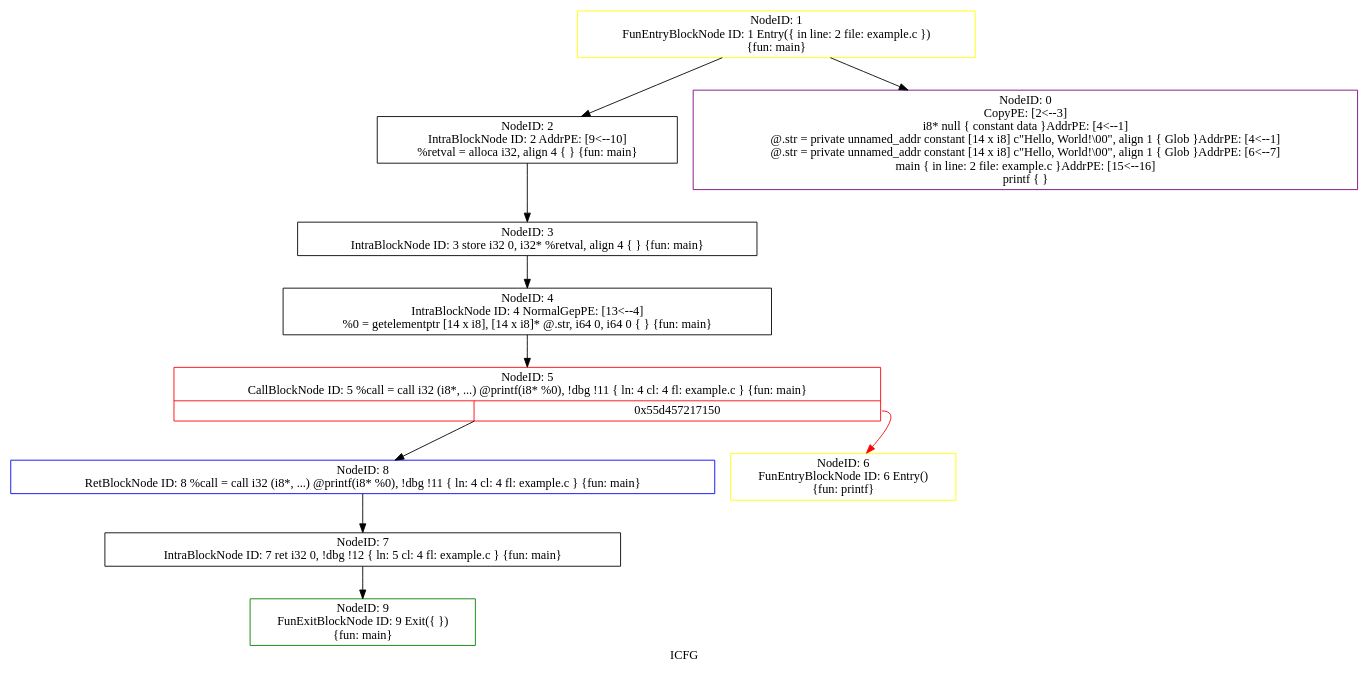
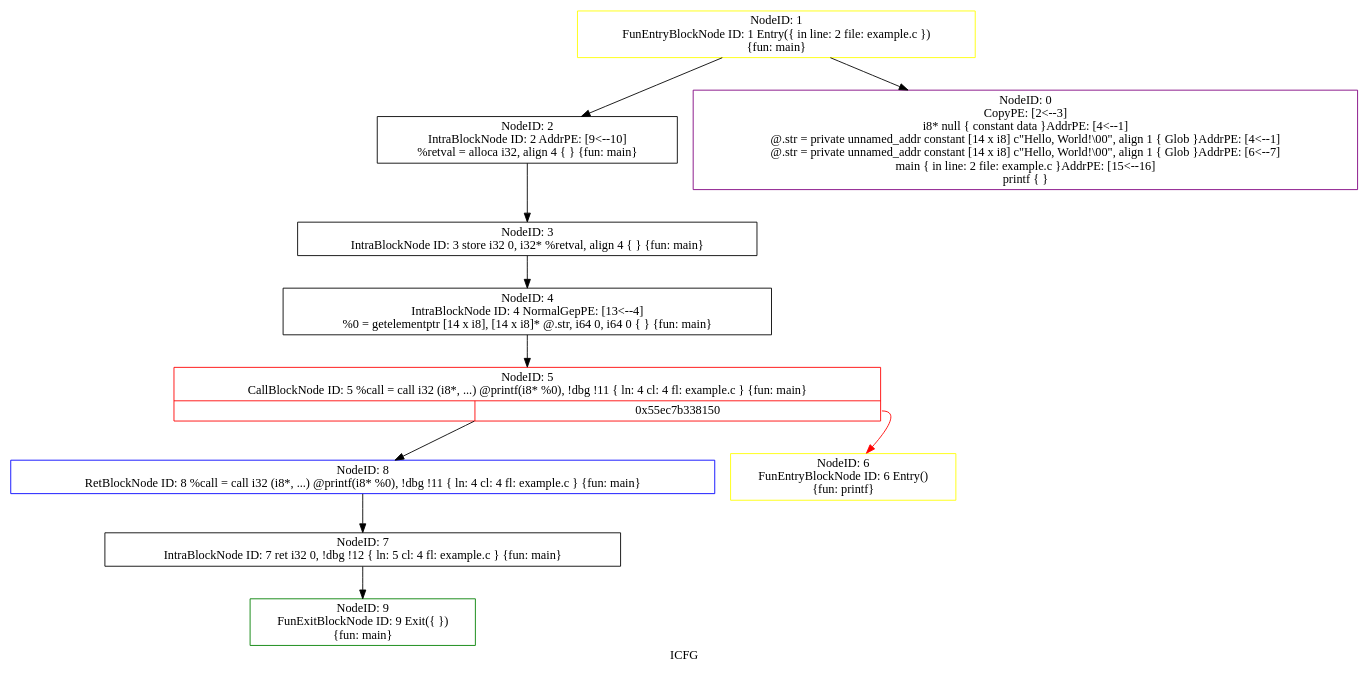
One commit to Ian36/Web-SVF changed the diagram in icfg.dot. Above: the diagram before and after it, drawn with Graphviz. The commit also changed 109 other files, not shown here.

```diff
--- a/icfg.dot
+++ b/icfg.dot
@@ -1,23 +1,23 @@
 digraph "ICFG" {
 	label="ICFG";
 
-	Node0x55d457228ed0 [shape=record,color=green,label="{NodeID: 9\nFunExitBlockNode ID: 9 Exit(\{  \})\n \{fun: main\}}"];
-	Node0x55d457228c60 [shape=record,color=blue,label="{NodeID: 8\nRetBlockNode ID: 8   %call = call i32 (i8*, ...) @printf(i8* %0), !dbg !11 \{ ln: 4  cl: 4  fl: example.c \} \{fun: main\}}"];
-	Node0x55d457228c60 -> Node0x55d457228ba0[style=solid];
-	Node0x55d457228ba0 [shape=record,color=black,label="{NodeID: 7\nIntraBlockNode ID: 7      ret i32 0, !dbg !12 \{ ln: 5  cl: 4  fl: example.c \}    \{fun: main\}}"];
-	Node0x55d457228ba0 -> Node0x55d457228ed0[style=solid];
-	Node0x55d457228a70 [shape=record,color=yellow,label="{NodeID: 6\nFunEntryBlockNode ID: 6 Entry()\n \{fun: printf\}}"];
-	Node0x55d457218380 [shape=record,color=red,label="{NodeID: 5\nCallBlockNode ID: 5   %call = call i32 (i8*, ...) @printf(i8* %0), !dbg !11 \{ ln: 4  cl: 4  fl: example.c \} \{fun: main\}|{|<s1>0x55d457217150}}"];
-	Node0x55d457218380 -> Node0x55d457228c60[style=solid];
-	Node0x55d457218380:s1 -> Node0x55d457228a70[style=solid,color=red];
-	Node0x55d4572288e0 [shape=record,color=black,label="{NodeID: 4\nIntraBlockNode ID: 4   NormalGepPE: [13\<--4]  \n   %0 = getelementptr [14 x i8], [14 x i8]* @.str, i64 0, i64 0 \{  \} \{fun: main\}}"];
-	Node0x55d4572288e0 -> Node0x55d457218380[style=solid];
-	Node0x55d4572287c0 [shape=record,color=black,label="{NodeID: 3\nIntraBlockNode ID: 3      store i32 0, i32* %retval, align 4 \{  \}    \{fun: main\}}"];
-	Node0x55d4572287c0 -> Node0x55d4572288e0[style=solid];
-	Node0x55d457228550 [shape=record,color=black,label="{NodeID: 2\nIntraBlockNode ID: 2   AddrPE: [9\<--10]  \n   %retval = alloca i32, align 4 \{  \} \{fun: main\}}"];
-	Node0x55d457228550 -> Node0x55d4572287c0[style=solid];
-	Node0x55d4572283f0 [shape=record,color=yellow,label="{NodeID: 1\nFunEntryBlockNode ID: 1 Entry(\{ in line: 2 file: example.c \})\n \{fun: main\}}"];
-	Node0x55d4572283f0 -> Node0x55d457217b30[style=solid];
-	Node0x55d4572283f0 -> Node0x55d457228550[style=solid];
-	Node0x55d457217b30 [shape=record,color=purple,label="{NodeID: 0\nCopyPE: [2\<--3]  \n i8* null \{ constant data \}AddrPE: [4\<--1]  \n @.str = private unnamed_addr constant [14 x i8] c\"Hello, World!\\00\", align 1 \{ Glob  \}AddrPE: [4\<--1]  \n @.str = private unnamed_addr constant [14 x i8] c\"Hello, World!\\00\", align 1 \{ Glob  \}AddrPE: [6\<--7]  \n main \{ in line: 2 file: example.c \}AddrPE: [15\<--16]  \n printf \{  \}}"];
+	Node0x55ec7b349ed0 [shape=record,color=green,label="{NodeID: 9\nFunExitBlockNode ID: 9 Exit(\{  \})\n \{fun: main\}}"];
+	Node0x55ec7b349c60 [shape=record,color=blue,label="{NodeID: 8\nRetBlockNode ID: 8   %call = call i32 (i8*, ...) @printf(i8* %0), !dbg !11 \{ ln: 4  cl: 4  fl: example.c \} \{fun: main\}}"];
+	Node0x55ec7b349c60 -> Node0x55ec7b349ba0[style=solid];
+	Node0x55ec7b349ba0 [shape=record,color=black,label="{NodeID: 7\nIntraBlockNode ID: 7      ret i32 0, !dbg !12 \{ ln: 5  cl: 4  fl: example.c \}    \{fun: main\}}"];
+	Node0x55ec7b349ba0 -> Node0x55ec7b349ed0[style=solid];
+	Node0x55ec7b349a70 [shape=record,color=yellow,label="{NodeID: 6\nFunEntryBlockNode ID: 6 Entry()\n \{fun: printf\}}"];
+	Node0x55ec7b339380 [shape=record,color=red,label="{NodeID: 5\nCallBlockNode ID: 5   %call = call i32 (i8*, ...) @printf(i8* %0), !dbg !11 \{ ln: 4  cl: 4  fl: example.c \} \{fun: main\}|{|<s1>0x55ec7b338150}}"];
+	Node0x55ec7b339380 -> Node0x55ec7b349c60[style=solid];
+	Node0x55ec7b339380:s1 -> Node0x55ec7b349a70[style=solid,color=red];
+	Node0x55ec7b3498e0 [shape=record,color=black,label="{NodeID: 4\nIntraBlockNode ID: 4   NormalGepPE: [13\<--4]  \n   %0 = getelementptr [14 x i8], [14 x i8]* @.str, i64 0, i64 0 \{  \} \{fun: main\}}"];
+	Node0x55ec7b3498e0 -> Node0x55ec7b339380[style=solid];
+	Node0x55ec7b3497c0 [shape=record,color=black,label="{NodeID: 3\nIntraBlockNode ID: 3      store i32 0, i32* %retval, align 4 \{  \}    \{fun: main\}}"];
+	Node0x55ec7b3497c0 -> Node0x55ec7b3498e0[style=solid];
+	Node0x55ec7b349550 [shape=record,color=black,label="{NodeID: 2\nIntraBlockNode ID: 2   AddrPE: [9\<--10]  \n   %retval = alloca i32, align 4 \{  \} \{fun: main\}}"];
+	Node0x55ec7b349550 -> Node0x55ec7b3497c0[style=solid];
+	Node0x55ec7b3493f0 [shape=record,color=yellow,label="{NodeID: 1\nFunEntryBlockNode ID: 1 Entry(\{ in line: 2 file: example.c \})\n \{fun: main\}}"];
+	Node0x55ec7b3493f0 -> Node0x55ec7b338b30[style=solid];
+	Node0x55ec7b3493f0 -> Node0x55ec7b349550[style=solid];
+	Node0x55ec7b338b30 [shape=record,color=purple,label="{NodeID: 0\nCopyPE: [2\<--3]  \n i8* null \{ constant data \}AddrPE: [4\<--1]  \n @.str = private unnamed_addr constant [14 x i8] c\"Hello, World!\\00\", align 1 \{ Glob  \}AddrPE: [4\<--1]  \n @.str = private unnamed_addr constant [14 x i8] c\"Hello, World!\\00\", align 1 \{ Glob  \}AddrPE: [6\<--7]  \n main \{ in line: 2 file: example.c \}AddrPE: [15\<--16]  \n printf \{  \}}"];
 }
```
